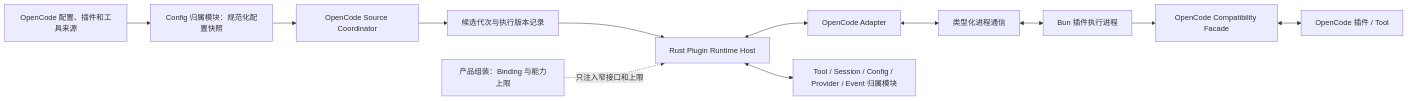
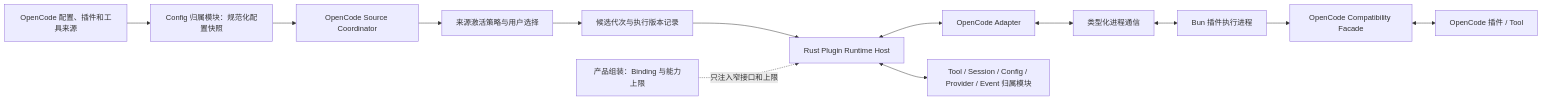
Before and after one commit to 1688mengdie/BitFun: the diagram in docs/architecture/extensions/opencode-plugin-runtime-adapter-design.md, drawn with Mermaid. The commit also changed other lines of this file and 12 other files, not shown here.

````diff
--- a/docs/architecture/extensions/opencode-plugin-runtime-adapter-design.md
+++ b/docs/architecture/extensions/opencode-plugin-runtime-adapter-design.md
@@ -41,27 +44,29 @@
 ```mermaid
 flowchart LR
   Sources["OpenCode 配置、插件和工具来源"]
   ConfigOwner["Config 归属模块：规范化配置快照"]
   Coordinator["OpenCode Source Coordinator"]
+  Policy["来源激活策略与用户选择"]
   Snapshot["候选代次与执行版本记录"]
   Assembly["产品组装：Binding 与能力上限"]
   Host["Rust Plugin Runtime Host"]
   Adapter["OpenCode Adapter"]
   Bridge["类型化进程通信"]
   Worker["Bun 插件执行进程"]
   Facade["OpenCode Compatibility Facade"]
   Plugin["OpenCode 插件 / Tool"]
   Owners["Tool / Session / Config / Provider / Event 归属模块"]
 
   Sources --> ConfigOwner
   ConfigOwner --> Coordinator
-  Coordinator --> Snapshot
+  Coordinator --> Policy
+  Policy --> Snapshot
   Snapshot --> Host
   Assembly -. "只注入窄接口和上限" .-> Host
   Host <--> Adapter
   Adapter <--> Bridge
   Bridge <--> Worker
   Worker --> Facade
   Facade <--> Plugin
   Host <--> Owners
 ```
````
